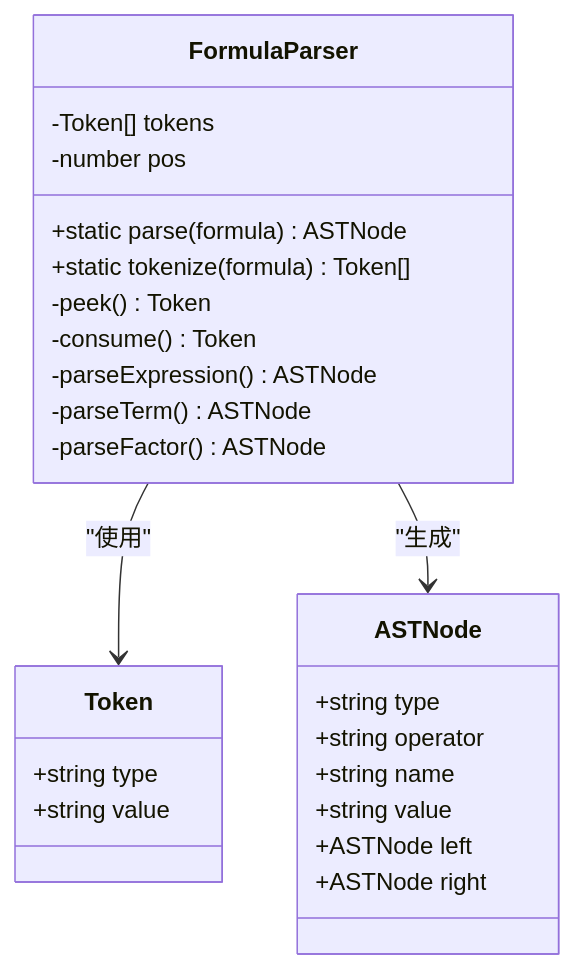
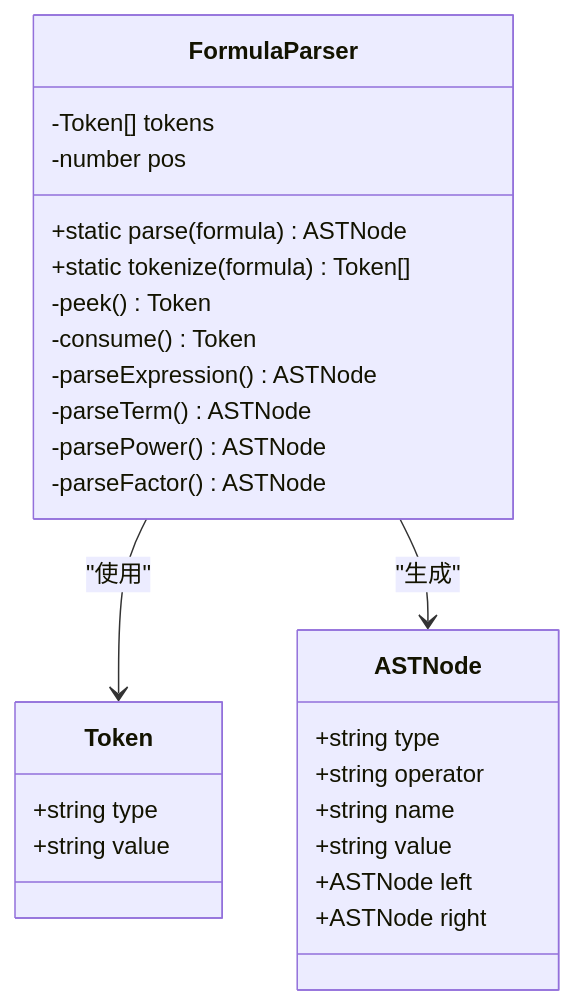
The second of 7 diagrams in .qoder/repowiki/zh/content/开发者指南/核心模块实现/公式解析器.md (steveyu2/formula-mapper), drawn with Mermaid before and after one commit. The commit also changed other lines of this file and 4 other files, not shown here.

````diff
--- a/.qoder/repowiki/zh/content/开发者指南/核心模块实现/公式解析器.md
+++ b/.qoder/repowiki/zh/content/开发者指南/核心模块实现/公式解析器.md
@@ -78,28 +89,29 @@
 ```mermaid
 classDiagram
 class Token {
 +string type
 +string value
 }
 class ASTNode {
 +string type
 +string operator
 +string name
 +string value
 +ASTNode left
 +ASTNode right
 }
 class FormulaParser {
 -Token[] tokens
 -number pos
 +static parse(formula) ASTNode
 +static tokenize(formula) Token[]
 -peek() Token
 -consume() Token
 -parseExpression() ASTNode
 -parseTerm() ASTNode
+-parsePower() ASTNode
 -parseFactor() ASTNode
 }
 FormulaParser --> Token : "使用"
 FormulaParser --> ASTNode : "生成"
 ```
````
